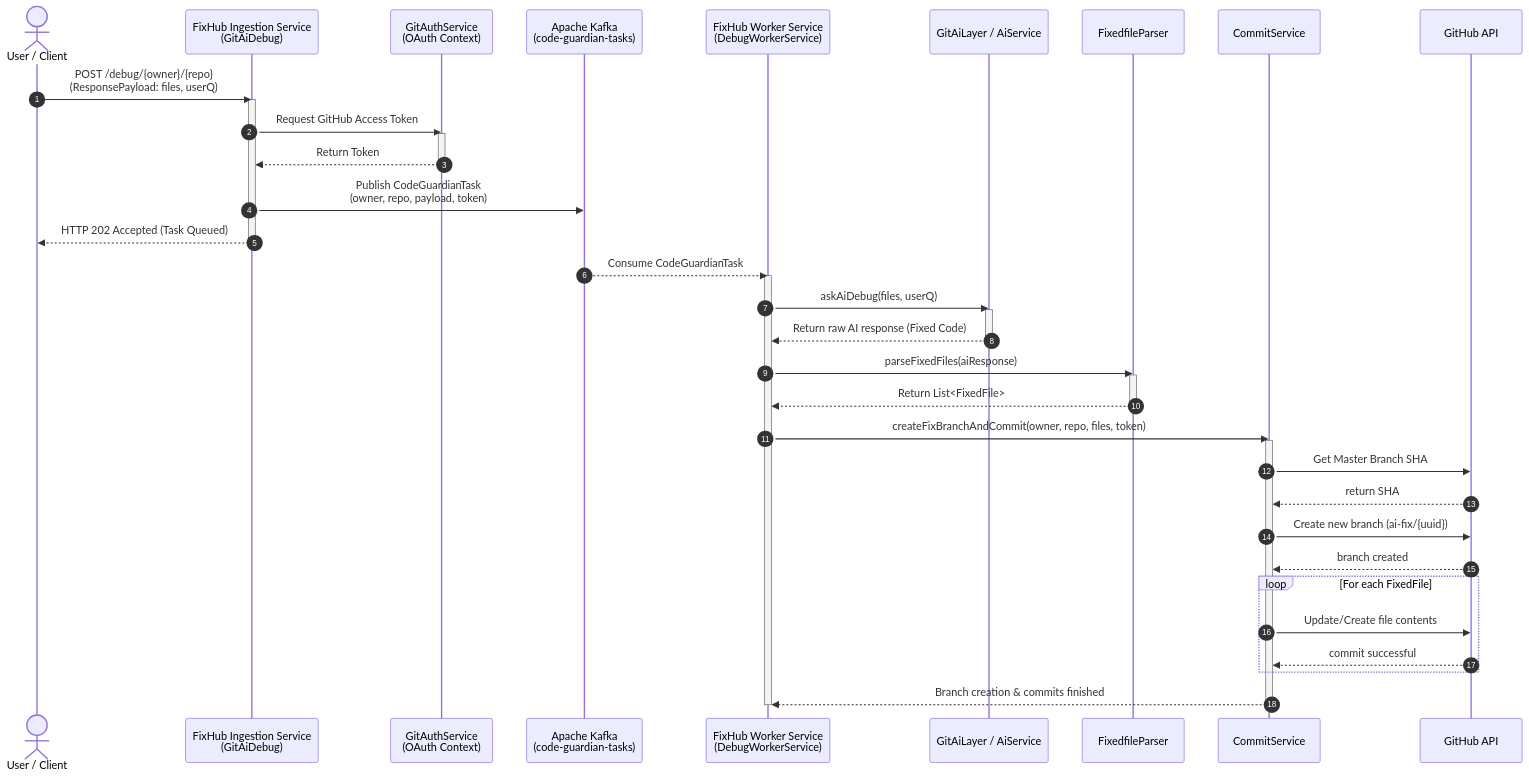
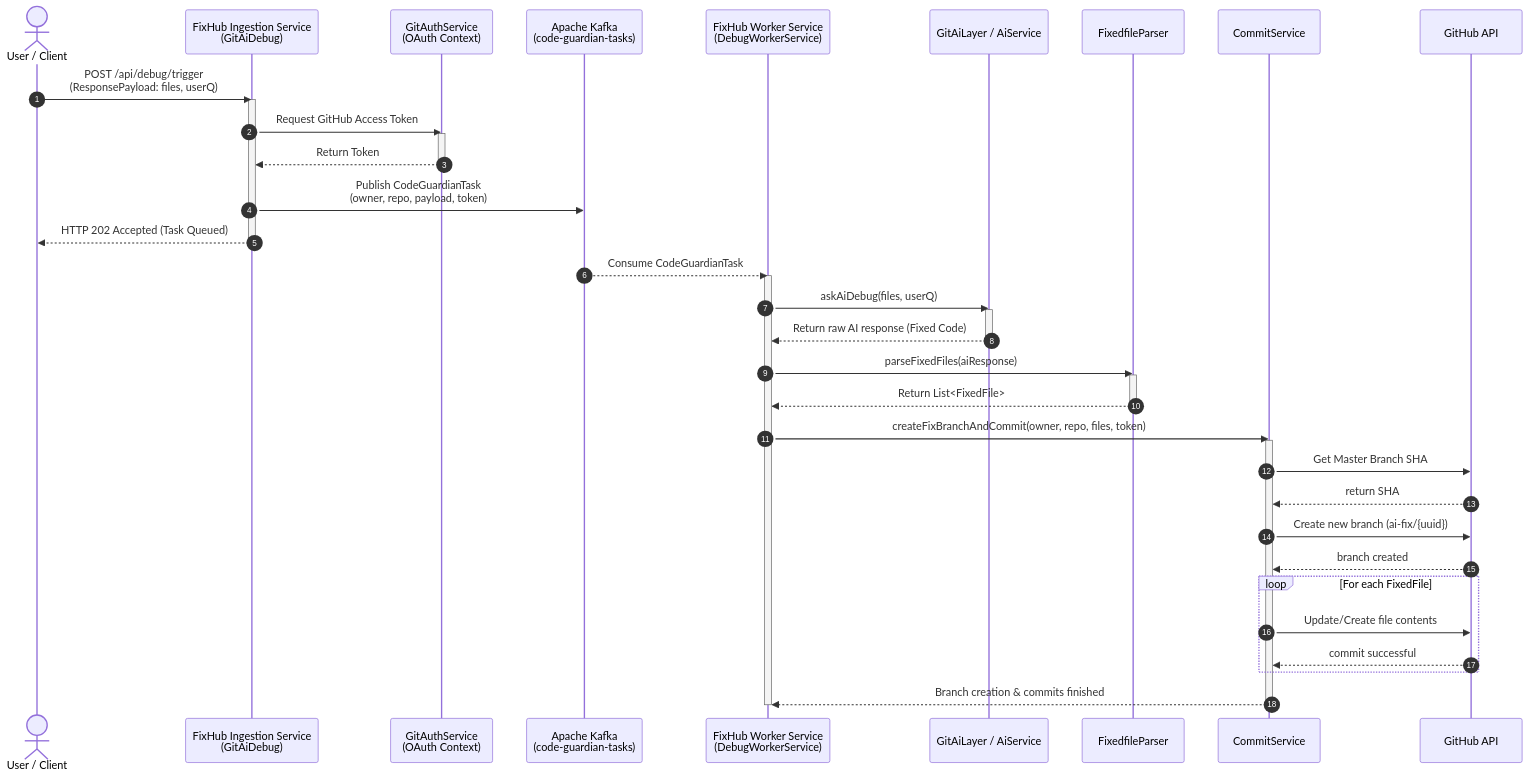
The second of 2 diagrams in README.md (Adarsh0248/FixHub-Code-debugger-AI), drawn with Mermaid before and after one commit. The commit also changed other lines of this file, not shown here.

````diff
--- a/README.md
+++ b/README.md
@@ -47,57 +49,58 @@
 ```mermaid
 sequenceDiagram
     autonumber
     actor User as User / Client
     participant IS as FixHub Ingestion Service<br/>(GitAiDebug)
     participant Auth as GitAuthService<br/>(OAuth Context)
     participant Kafka as Apache Kafka<br/>(code-guardian-tasks)
     participant WS as FixHub Worker Service<br/>(DebugWorkerService)
     participant AI as GitAiLayer / AiService
     participant Parser as FixedfileParser
     participant CS as CommitService
     participant GitHub as GitHub API
 
-    User->>IS: POST /debug/{owner}/{repo} <br/>(ResponsePayload: files, userQ)
+    User->>IS: POST /api/debug/trigger <br/>(ResponsePayload: files, userQ)
     activate IS
     
     IS->>Auth: Request GitHub Access Token
     activate Auth
     Auth-->>IS: Return Token
     deactivate Auth
     
     IS->>Kafka: Publish CodeGuardianTask <br/>(owner, repo, payload, token)
     IS-->>User: HTTP 202 Accepted (Task Queued)
     deactivate IS
     
     Kafka-->>WS: Consume CodeGuardianTask
     activate WS
     
     WS->>AI: askAiDebug(files, userQ)
     activate AI
     AI-->>WS: Return raw AI response (Fixed Code)
     deactivate AI
     
     WS->>Parser: parseFixedFiles(aiResponse)
     activate Parser
     Parser-->>WS: Return List<FixedFile>
     deactivate Parser
     
     WS->>CS: createFixBranchAndCommit(owner, repo, files, token)
     activate CS
     
     CS->>GitHub: Get Master Branch SHA
     GitHub-->>CS: return SHA
     
     CS->>GitHub: Create new branch (ai-fix/{uuid})
     GitHub-->>CS: branch created
     
     loop For each FixedFile
         CS->>GitHub: Update/Create file contents
         GitHub-->>CS: commit successful
     end
     
     CS-->>WS: Branch creation & commits finished
     deactivate CS
     
     deactivate WS
+
 ```
````
